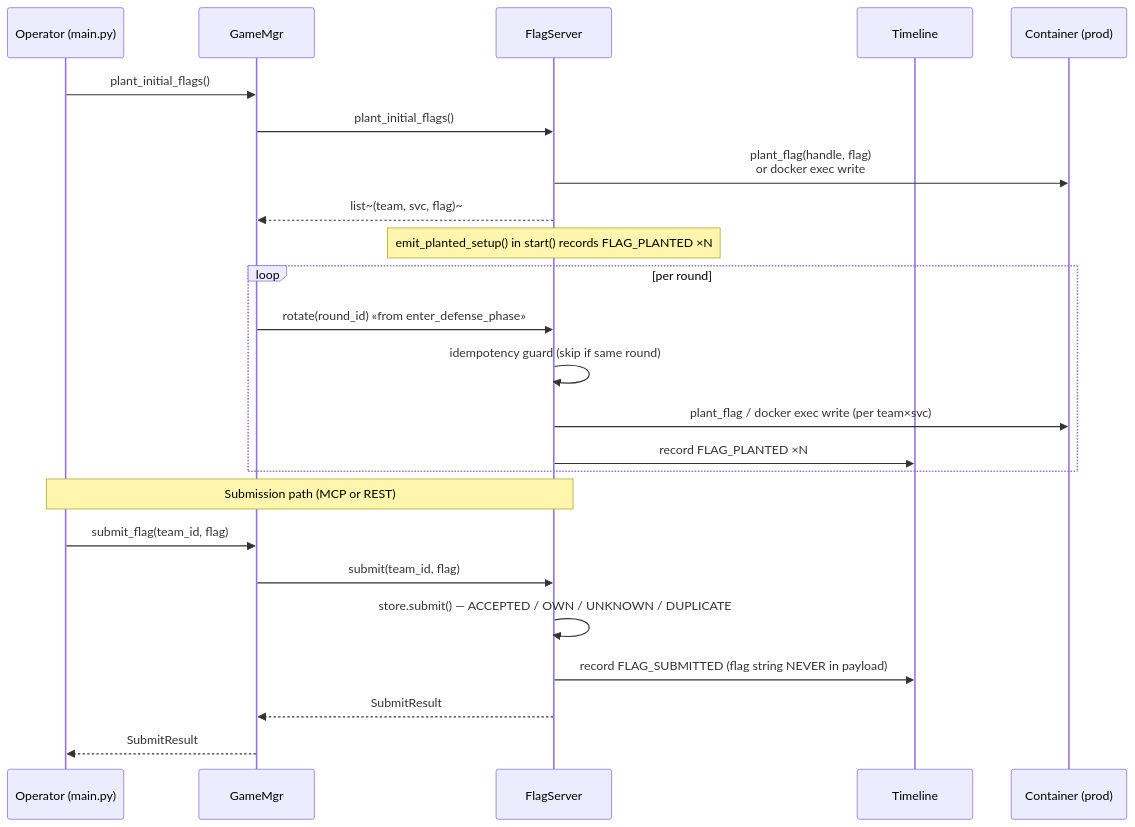
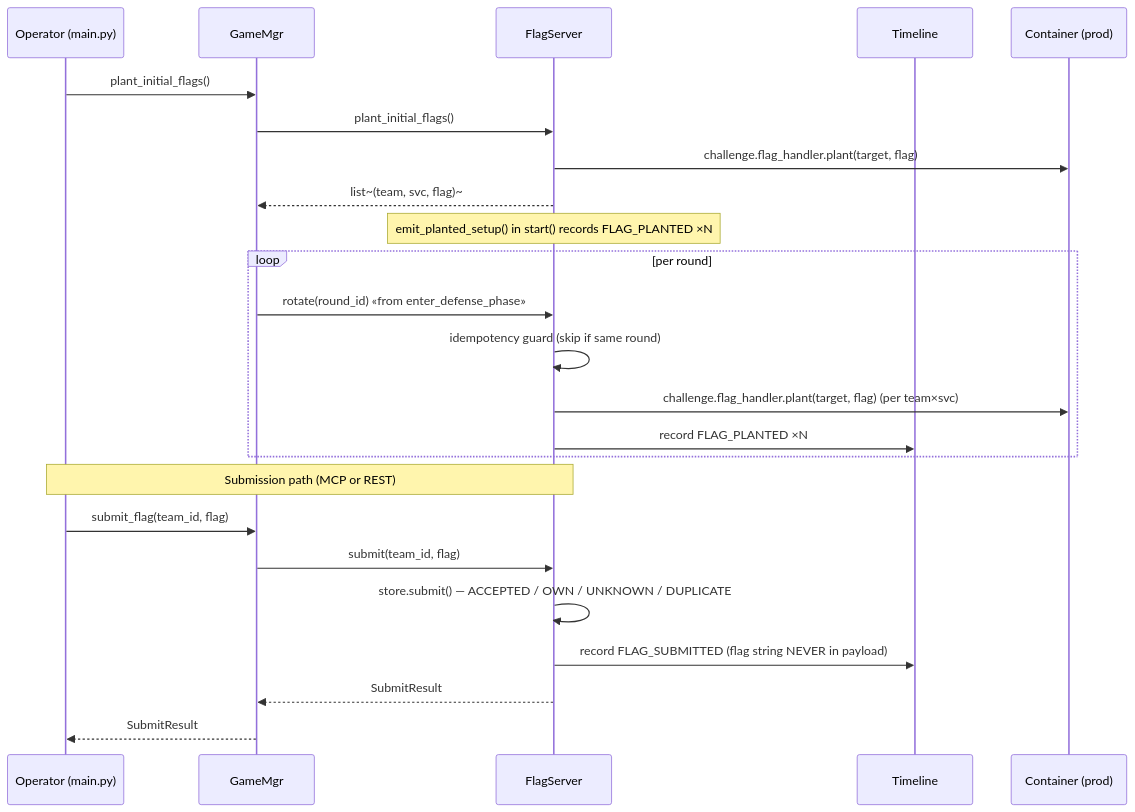
Before and after one commit to YueyangPan/CyberArenaOrchestration: the second of 2 diagrams in docs/UML/flag.md, drawn with Mermaid. The commit also changed other lines of this file and 6 other files, not shown here.

First line of the commit message:
docs: Stage 11 — refresh UML + v2 plan to reflect shipped state

````diff
--- a/docs/UML/flag.md
+++ b/docs/UML/flag.md
@@ -89,29 +78,29 @@
 ```mermaid
 sequenceDiagram
   participant Op as Operator (main.py)
   participant G as GameMgr
   participant FS as FlagServer
   participant TL as Timeline
   participant C as Container (prod)
 
   Op->>G: plant_initial_flags()
   G->>FS: plant_initial_flags()
-  FS->>C: plant_flag(handle, flag)<br/>or docker exec write
+  FS->>C: challenge.flag_handler.plant(target, flag)
   FS-->>G: list~(team, svc, flag)~
   Note over FS: emit_planted_setup() in start() records FLAG_PLANTED ×N
 
   loop per round
     G->>FS: rotate(round_id)   «from enter_defense_phase»
     FS->>FS: idempotency guard (skip if same round)
-    FS->>C: plant_flag / docker exec write (per team×svc)
+    FS->>C: challenge.flag_handler.plant(target, flag) (per team×svc)
     FS->>TL: record FLAG_PLANTED ×N
   end
 
   Note over Op,FS: Submission path (MCP or REST)
   Op->>G: submit_flag(team_id, flag)
   G->>FS: submit(team_id, flag)
   FS->>FS: store.submit() — ACCEPTED / OWN / UNKNOWN / DUPLICATE
   FS->>TL: record FLAG_SUBMITTED (flag string NEVER in payload)
   FS-->>G: SubmitResult
   G-->>Op: SubmitResult
 ```
````
